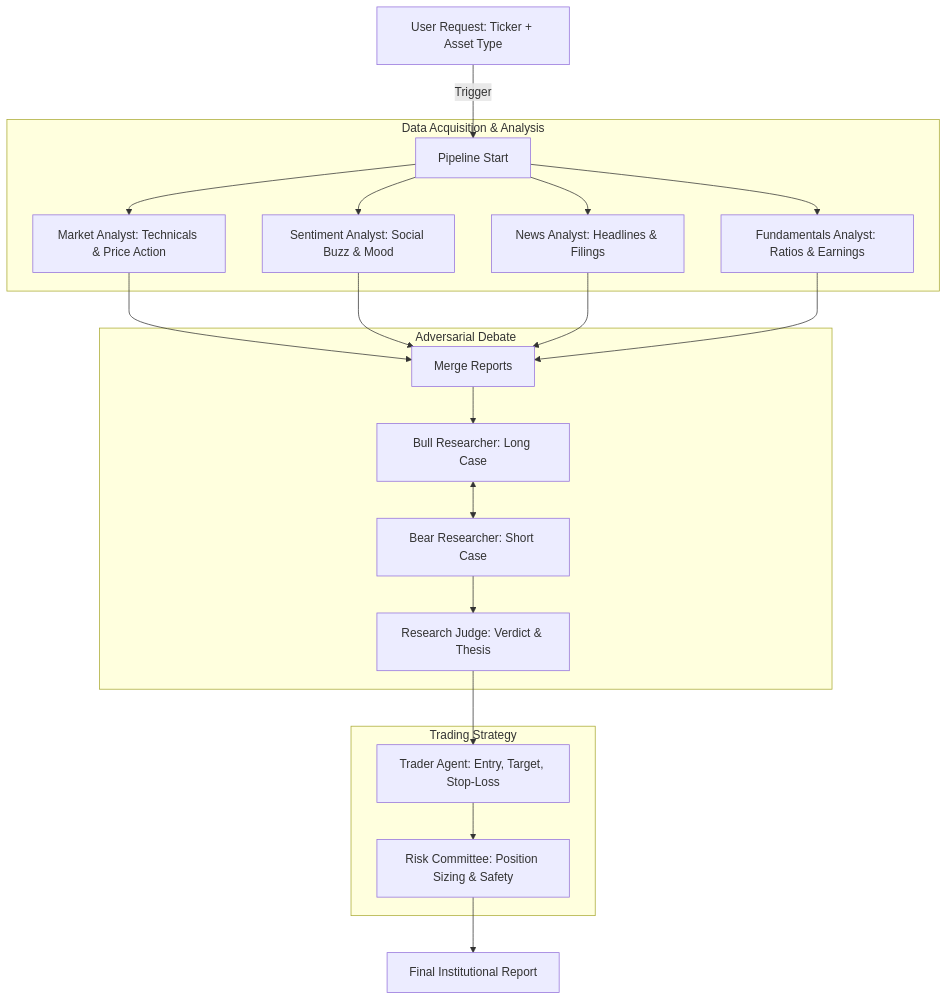
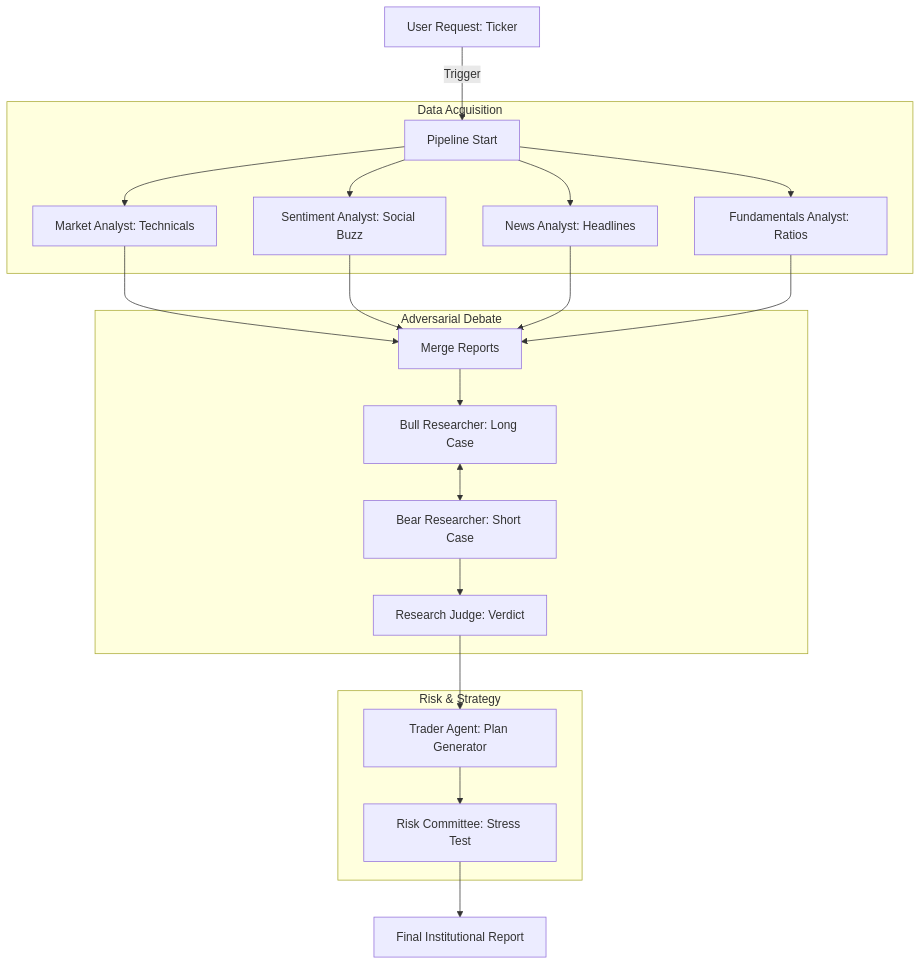
The diagram in README.md (nishnarudkar/Quorum---Multi-Agent-LLM-Trading-Framework), drawn with Mermaid before and after one commit. The commit also changed other lines of this file, not shown here.

````diff
--- a/README.md
+++ b/README.md
@@ -70,26 +56,26 @@
 ```mermaid
 graph TD
-    REQ[User Request: Ticker + Asset Type] -->|Trigger| PIP[Pipeline Start]
+    REQ[User Request: Ticker] -->|Trigger| PIP[Pipeline Start]
     
-    subgraph "Data Acquisition & Analysis"
-        PIP --> MKT[Market Analyst: Technicals & Price Action]
-        PIP --> SEN[Sentiment Analyst: Social Buzz & Mood]
-        PIP --> NWS[News Analyst: Headlines & Filings]
-        PIP --> FND[Fundamentals Analyst: Ratios & Earnings]
+    subgraph "Data Acquisition"
+        PIP --> MKT[Market Analyst: Technicals]
+        PIP --> SEN[Sentiment Analyst: Social Buzz]
+        PIP --> NWS[News Analyst: Headlines]
+        PIP --> FND[Fundamentals Analyst: Ratios]
     end
 
     MKT & SEN & NWS & FND --> MRG[Merge Reports]
 
     subgraph "Adversarial Debate"
         MRG --> BULL[Bull Researcher: Long Case]
         BULL <--> BEAR[Bear Researcher: Short Case]
-        BEAR --> JDG[Research Judge: Verdict & Thesis]
+        BEAR --> JDG[Research Judge: Verdict]
     end
 
-    subgraph "Trading Strategy"
-        JDG --> TRD[Trader Agent: Entry, Target, Stop-Loss]
-        TRD --> RSK[Risk Committee: Position Sizing & Safety]
+    subgraph "Risk & Strategy"
+        JDG --> TRD[Trader Agent: Plan Generator]
+        TRD --> RSK[Risk Committee: Stress Test]
     end
 
     RSK --> FIN[Final Institutional Report]
 ```
````
